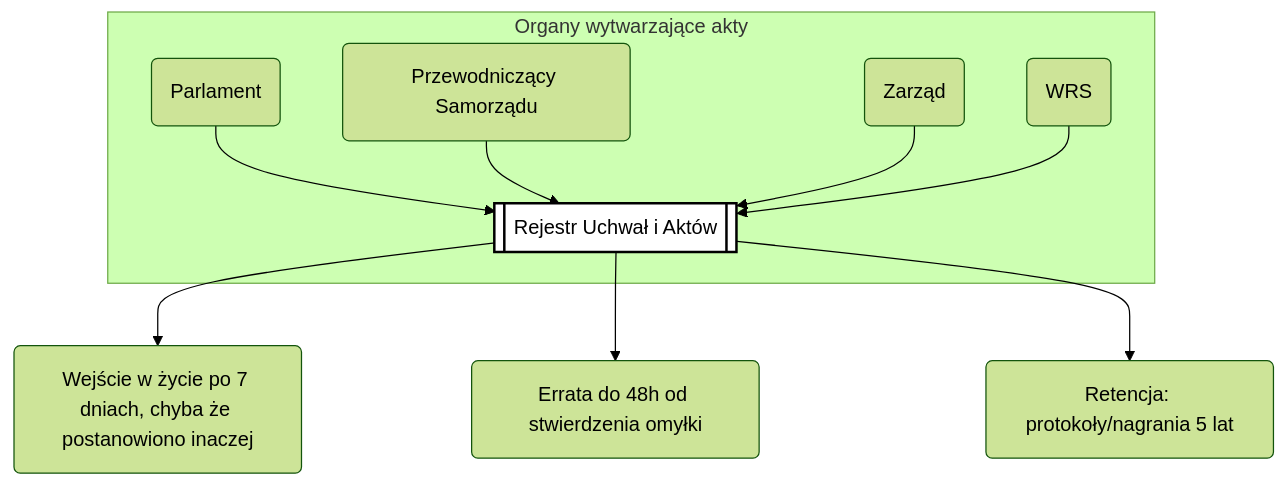
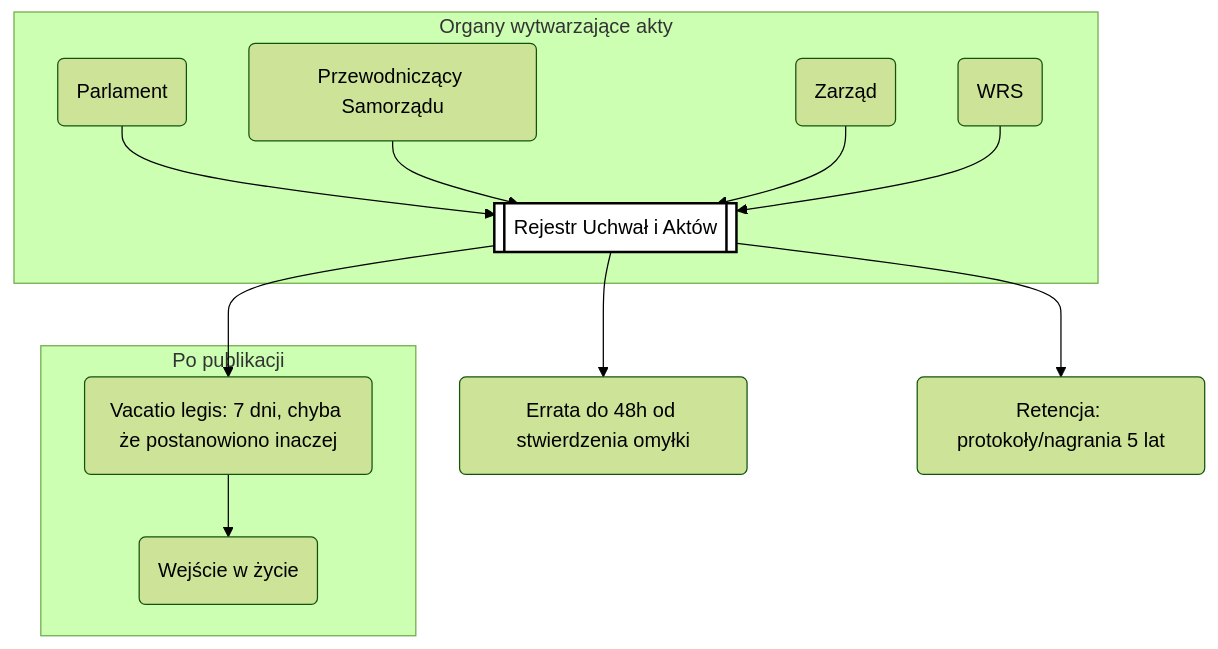
Before and after one commit to lkolo-prez/regulamin-v3: the ninth of 9 diagrams in 21-procedury-wizualizacje.md, drawn with Mermaid (forest theme). The commit also changed other lines of this file and 22 other files, not shown here.

````diff
--- a/21-procedury-wizualizacje.md
+++ b/21-procedury-wizualizacje.md
@@ -332,14 +339,17 @@
 ```mermaid
 graph TD
     subgraph "Organy wytwarzające akty"
         A(Parlament) --> R[[Rejestr Uchwał i Aktów]]
         B(Przewodniczący Samorządu) --> R
         C(Zarząd) --> R
         D(WRS) --> R
     end
-    R --> P(Wejście w życie po 7 dniach, chyba że postanowiono inaczej);
+    subgraph "Po publikacji"
+        R --> V(Vacatio legis: 7 dni, chyba że postanowiono inaczej)
+        V --> P(Wejście w życie)
+    end
     R --> E(Errata do 48h od stwierdzenia omyłki);
     R --> T(Retencja: protokoły/nagrania 5 lat);
 
     style R fill:#FFFFFF,stroke:#000,stroke-width:2px
 ```
````
